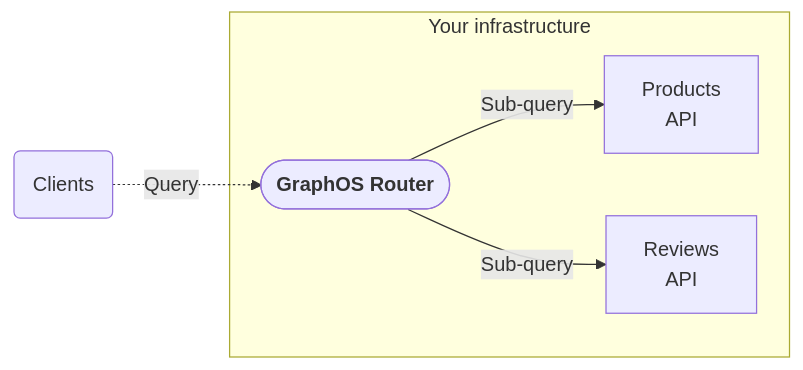
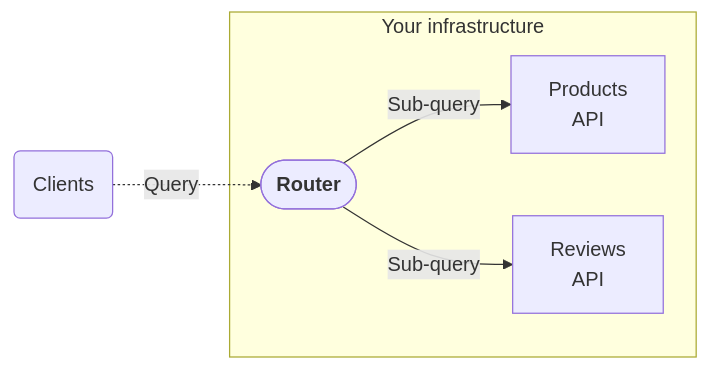
Before and after one commit to apollographql/router: the diagram in docs/source/index.mdx, drawn with Mermaid. The commit also changed other lines of this file and 5 other files, not shown here.

````diff
--- a/docs/source/index.mdx
+++ b/docs/source/index.mdx
@@ -15,12 +15,12 @@
 ```mermaid
 flowchart LR;
   clients(Clients);
   subgraph "Your infrastructure";
-  router(["<b>GraphOS Router</b>"]);
+  router(["<b>Router</b>"]);
   serviceB[Products<br/>API];
   serviceC[Reviews<br/>API];
   router -->|Sub-query| serviceB & serviceC;
   end;
   clients -.->|Query| router;
   class clients secondary;
 ```
````
